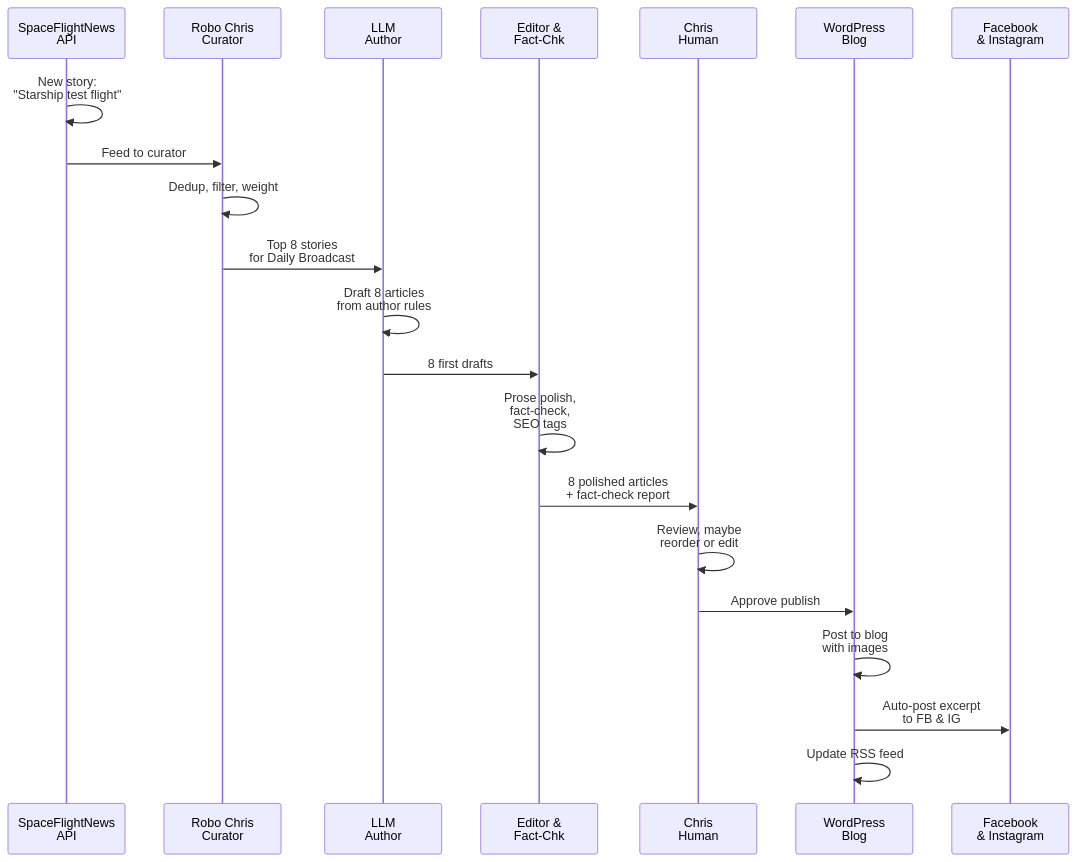
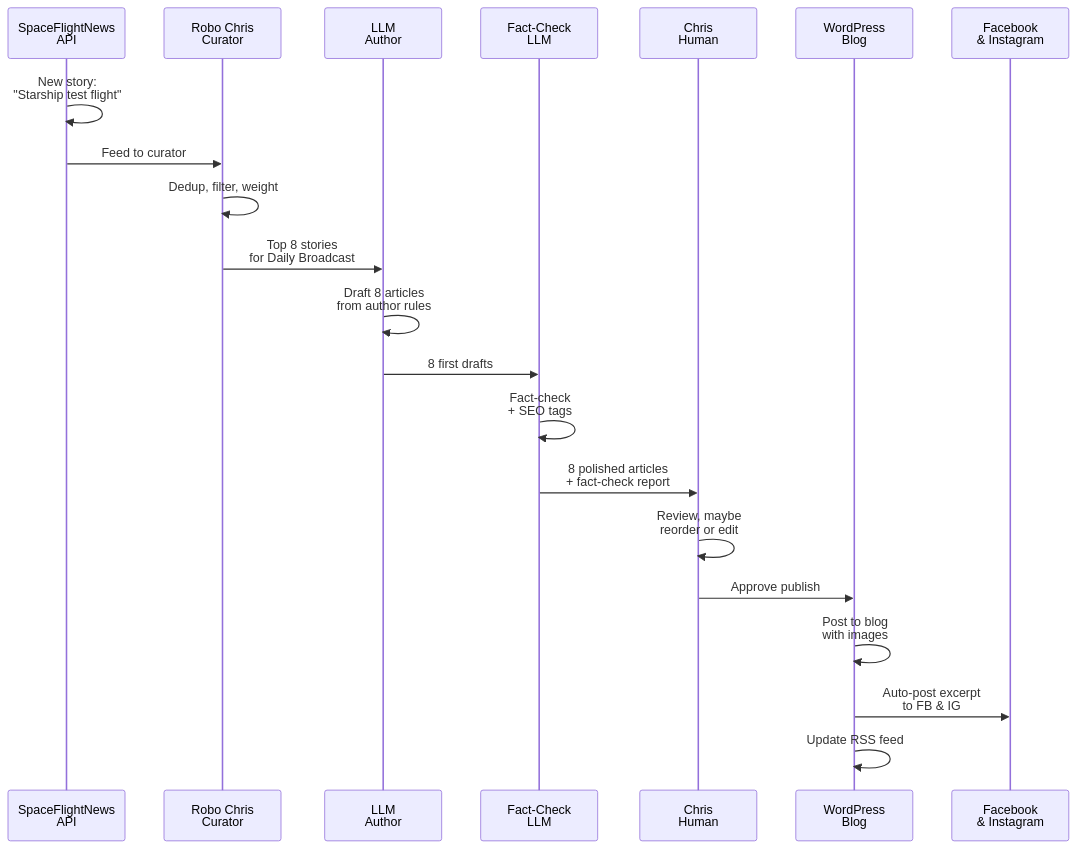
Before and after one commit to The-Canadian-Space/tcs-public-wiki: the diagram in docs/how-it-works/pipeline.md, drawn with Mermaid. The commit also changed other lines of this file and 24 other files, not shown here.

````diff
--- a/docs/how-it-works/pipeline.md
+++ b/docs/how-it-works/pipeline.md
@@ -117,24 +99,24 @@
 ```mermaid
 sequenceDiagram
     participant SNAPI as SpaceFlightNews<br/>API
     participant Curator as Robo Chris<br/>Curator
     participant Author as LLM<br/>Author
-    participant Editor as Editor &<br/>Fact-Chk
+    participant Editor as Fact-Check<br/>LLM
     participant Chris as Chris<br/>Human
     participant WP as WordPress<br/>Blog
     participant Social as Facebook<br/>& Instagram
 
     SNAPI->>SNAPI: New story:<br/>"Starship test flight"
     SNAPI->>Curator: Feed to curator
     Curator->>Curator: Dedup, filter, weight
     Curator->>Author: Top 8 stories<br/>for Daily Broadcast
     Author->>Author: Draft 8 articles<br/>from author rules
     Author->>Editor: 8 first drafts
-    Editor->>Editor: Prose polish,<br/>fact-check,<br/>SEO tags
+    Editor->>Editor: Fact-check<br/>+ SEO tags
     Editor->>Chris: 8 polished articles<br/>+ fact-check report
     Chris->>Chris: Review, maybe<br/>reorder or edit
     Chris->>WP: Approve publish
     WP->>WP: Post to blog<br/>with images
     WP->>Social: Auto-post excerpt<br/>to FB & IG
     WP->>WP: Update RSS feed
 ```
````
